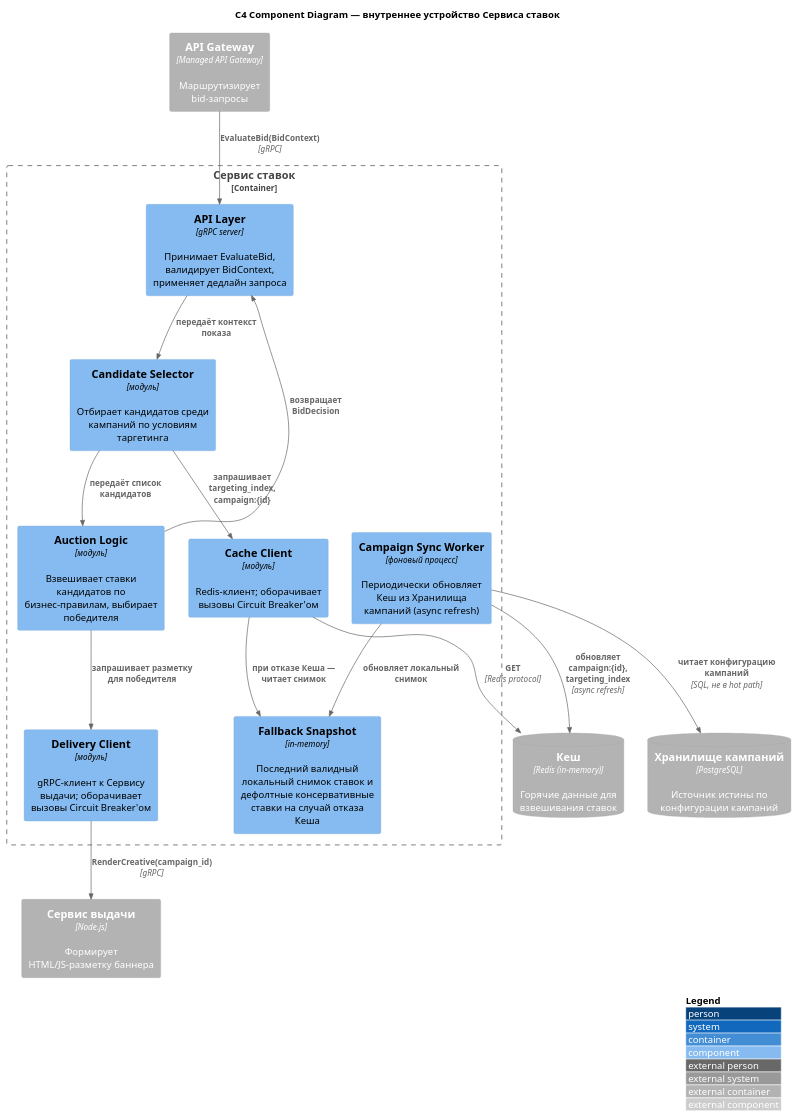
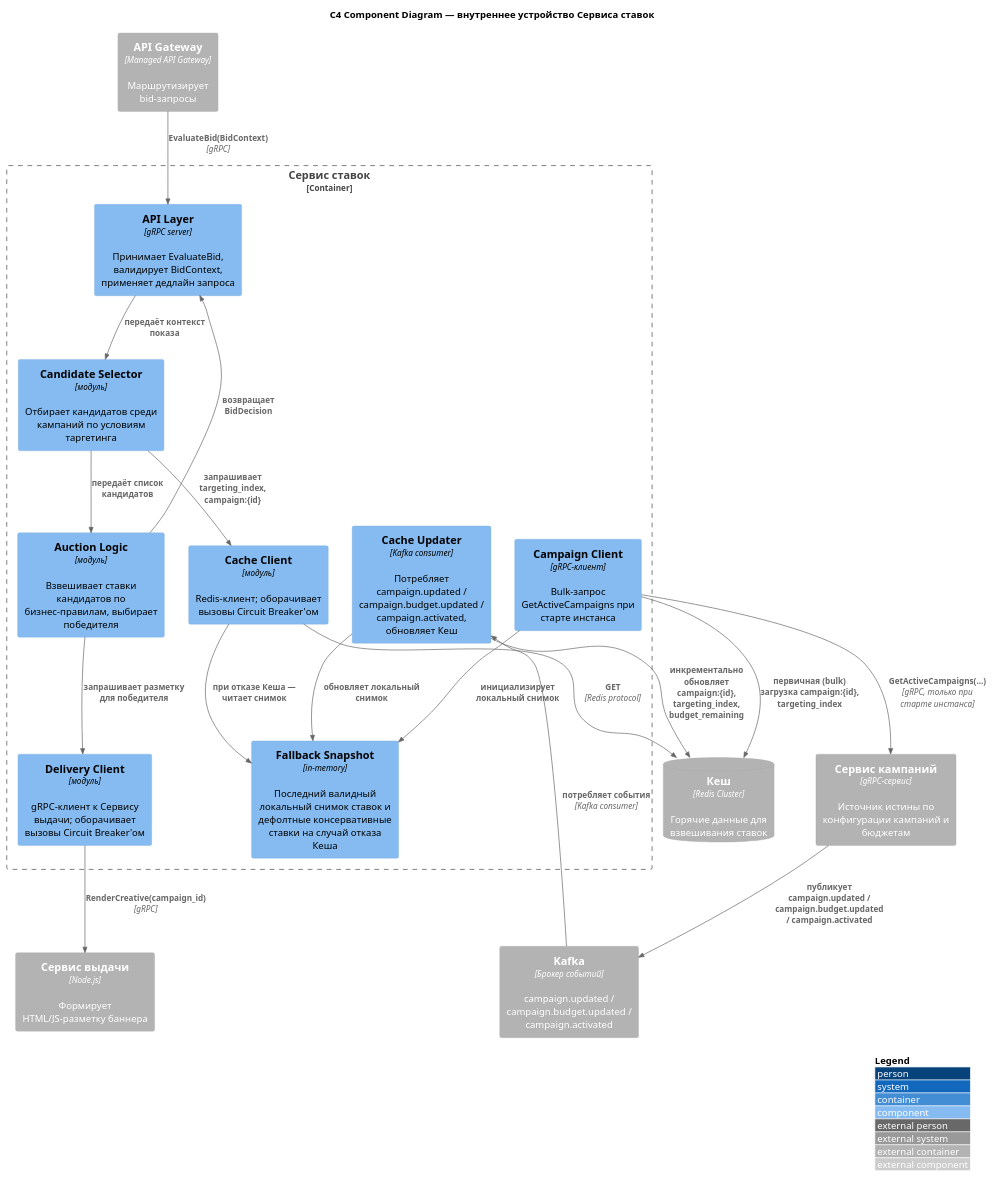
Before and after one commit to gglp/Solution-AdScale: the diagram in task2/Diagrams/component-bidding-service.puml, drawn with PlantUML.

```diff
--- a/task2/Diagrams/component-bidding-service.puml
+++ b/task2/Diagrams/component-bidding-service.puml
@@ -1,37 +1,45 @@
 @startuml
 !include https://raw.githubusercontent.com/plantuml-stdlib/C4-PlantUML/master/C4_Component.puml
 
 LAYOUT_WITH_LEGEND()
 
 title C4 Component Diagram — внутреннее устройство Сервиса ставок
 
 Container_Ext(gateway, "API Gateway", "Managed API Gateway", "Маршрутизирует bid-запросы")
 
 Container_Boundary(bidding, "Сервис ставок") {
     Component(apiLayer, "API Layer", "gRPC server", "Принимает EvaluateBid, валидирует BidContext, применяет дедлайн запроса")
     Component(candidateSelector, "Candidate Selector", "модуль", "Отбирает кандидатов среди кампаний по условиям таргетинга")
     Component(auctionLogic, "Auction Logic", "модуль", "Взвешивает ставки кандидатов по бизнес-правилам, выбирает победителя")
     Component(cacheClient, "Cache Client", "модуль", "Redis-клиент; оборачивает вызовы Circuit Breaker'ом")
     Component(deliveryClient, "Delivery Client", "модуль", "gRPC-клиент к Сервису выдачи; оборачивает вызовы Circuit Breaker'ом")
     Component(fallbackStore, "Fallback Snapshot", "in-memory", "Последний валидный локальный снимок ставок и дефолтные консервативные ставки на случай отказа Кеша")
-    Component(syncWorker, "Campaign Sync Worker", "фоновый процесс", "Периодически обновляет Кеш из Хранилища кампаний (async refresh)")
+    Component(campaignClient, "Campaign Client", "gRPC-клиент", "Bulk-запрос GetActiveCampaigns при старте инстанса")
+    Component(cacheUpdater, "Cache Updater", "Kafka consumer", "Потребляет campaign.updated / campaign.budget.updated / campaign.activated, обновляет Кеш")
 }
 
-ContainerDb_Ext(cache, "Кеш", "Redis (in-memory)", "Горячие данные для взвешивания ставок")
-ContainerDb_Ext(campaignStore, "Хранилище кампаний", "PostgreSQL", "Источник истины по конфигурации кампаний")
+ContainerDb_Ext(cache, "Кеш", "Redis Cluster", "Горячие данные для взвешивания ставок")
+Container_Ext(campaignService, "Сервис кампаний", "gRPC-сервис", "Источник истины по конфигурации кампаний и бюджетам")
+Container_Ext(kafka, "Kafka", "Брокер событий", "campaign.updated / campaign.budget.updated / campaign.activated")
 Container_Ext(delivery, "Сервис выдачи", "Node.js", "Формирует HTML/JS-разметку баннера")
 
 Rel(gateway, apiLayer, "EvaluateBid(BidContext)", "gRPC")
 Rel(apiLayer, candidateSelector, "передаёт контекст показа")
 Rel(candidateSelector, cacheClient, "запрашивает targeting_index, campaign:{id}")
 Rel(cacheClient, cache, "GET", "Redis protocol")
 Rel(cacheClient, fallbackStore, "при отказе Кеша — читает снимок")
 Rel(candidateSelector, auctionLogic, "передаёт список кандидатов")
 Rel(auctionLogic, deliveryClient, "запрашивает разметку для победителя")
 Rel(deliveryClient, delivery, "RenderCreative(campaign_id)", "gRPC")
 Rel(auctionLogic, apiLayer, "возвращает BidDecision")
-Rel(syncWorker, campaignStore, "читает конфигурацию кампаний", "SQL, не в hot path")
-Rel(syncWorker, cache, "обновляет campaign:{id}, targeting_index", "async refresh")
-Rel(syncWorker, fallbackStore, "обновляет локальный снимок")
+
+Rel(campaignClient, campaignService, "GetActiveCampaigns(...)", "gRPC, только при старте инстанса")
+Rel(campaignClient, cache, "первичная (bulk) загрузка campaign:{id}, targeting_index")
+Rel(campaignClient, fallbackStore, "инициализирует локальный снимок")
+
+Rel(campaignService, kafka, "публикует campaign.updated / campaign.budget.updated / campaign.activated")
+Rel(kafka, cacheUpdater, "потребляет события", "Kafka consumer")
+Rel(cacheUpdater, cache, "инкрементально обновляет campaign:{id}, targeting_index, budget_remaining")
+Rel(cacheUpdater, fallbackStore, "обновляет локальный снимок")
 
 @enduml
```
